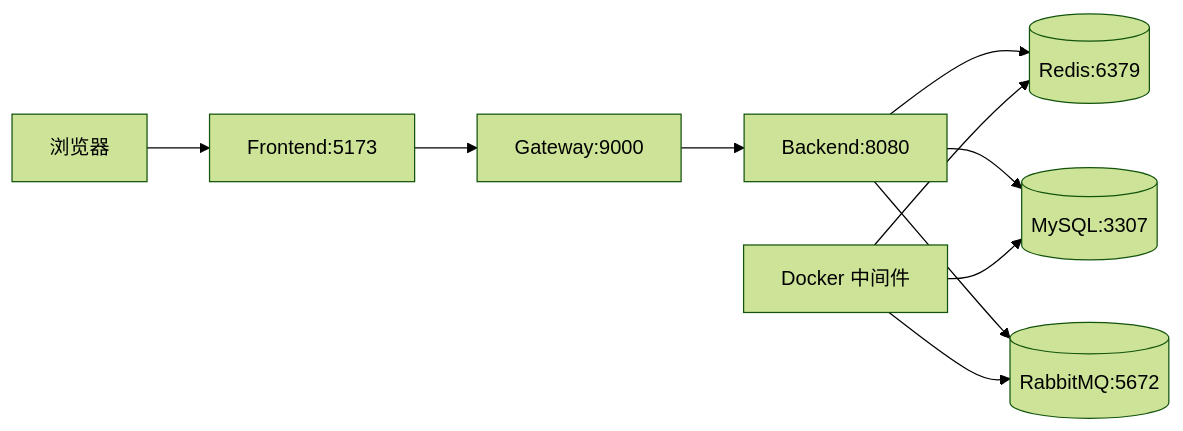
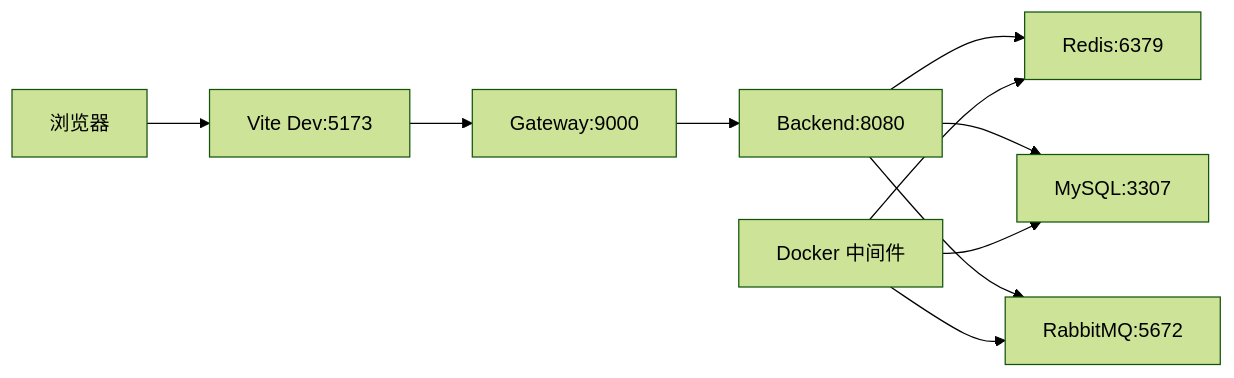
One commit to zzc-s/High-Concurrency-Seckill-System changed the first of 2 diagrams in README.md. Above: the diagram before and after it, drawn with Mermaid (forest theme). The commit also changed other lines of this file and 1 other file, not shown here.

````diff
--- a/README.md
+++ b/README.md
@@ -27,12 +42,12 @@
 ```mermaid
 flowchart LR
-    Browser[浏览器] --> Frontend[Frontend:5173]
-    Frontend --> Gateway[Gateway:9000]
-    Gateway --> Backend[Backend:8080]
-    Backend --> Redis[(Redis:6379)]
-    Backend --> MySQL[(MySQL:3307)]
-    Backend --> RabbitMQ[(RabbitMQ:5672)]
-    Docker[Docker 中间件] --> Redis
-    Docker --> MySQL
-    Docker --> RabbitMQ
+    Browser["浏览器"] --> Frontend["Vite Dev:5173"]
+    Frontend --> Gateway["Gateway:9000"]
+    Gateway --> Backend["Backend:8080"]
+    Backend --> Redis["Redis:6379"]
+    Backend --> MySQL["MySQL:3307"]
+    Backend --> RabbitMQ["RabbitMQ:5672"]
+    DockerMiddleware["Docker 中间件"] --> Redis
+    DockerMiddleware --> MySQL
+    DockerMiddleware --> RabbitMQ
 ```
````
